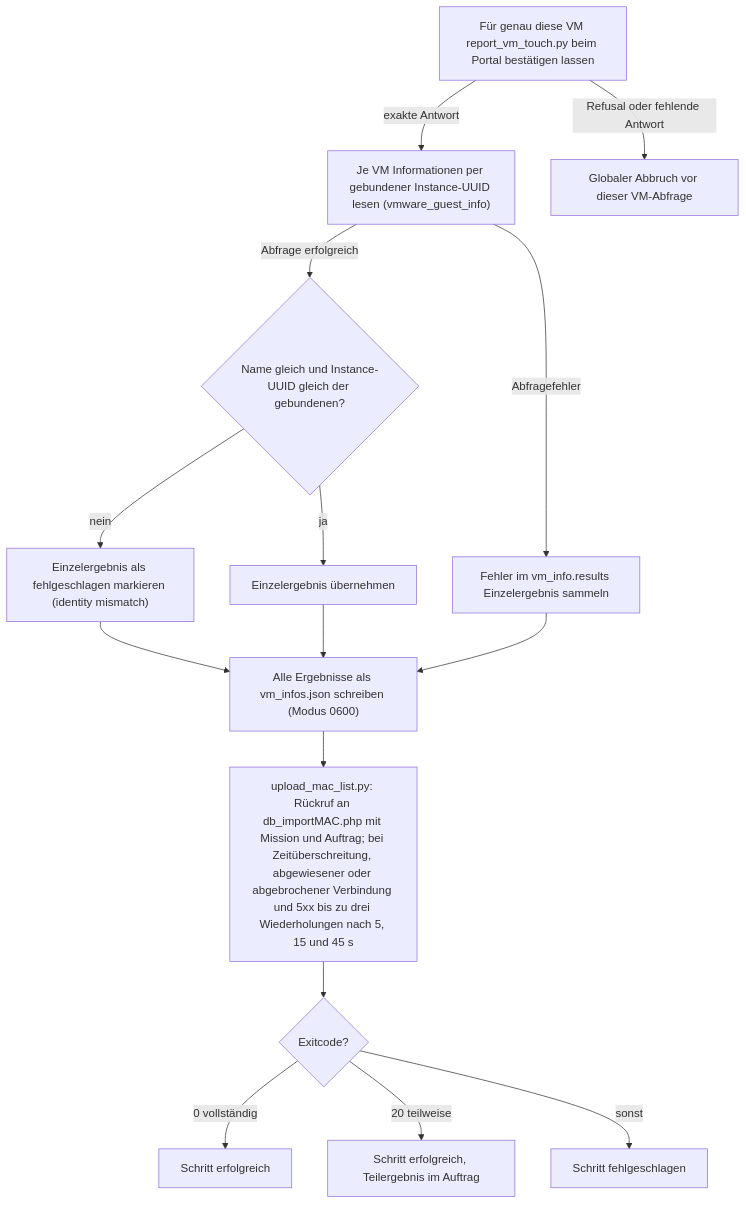
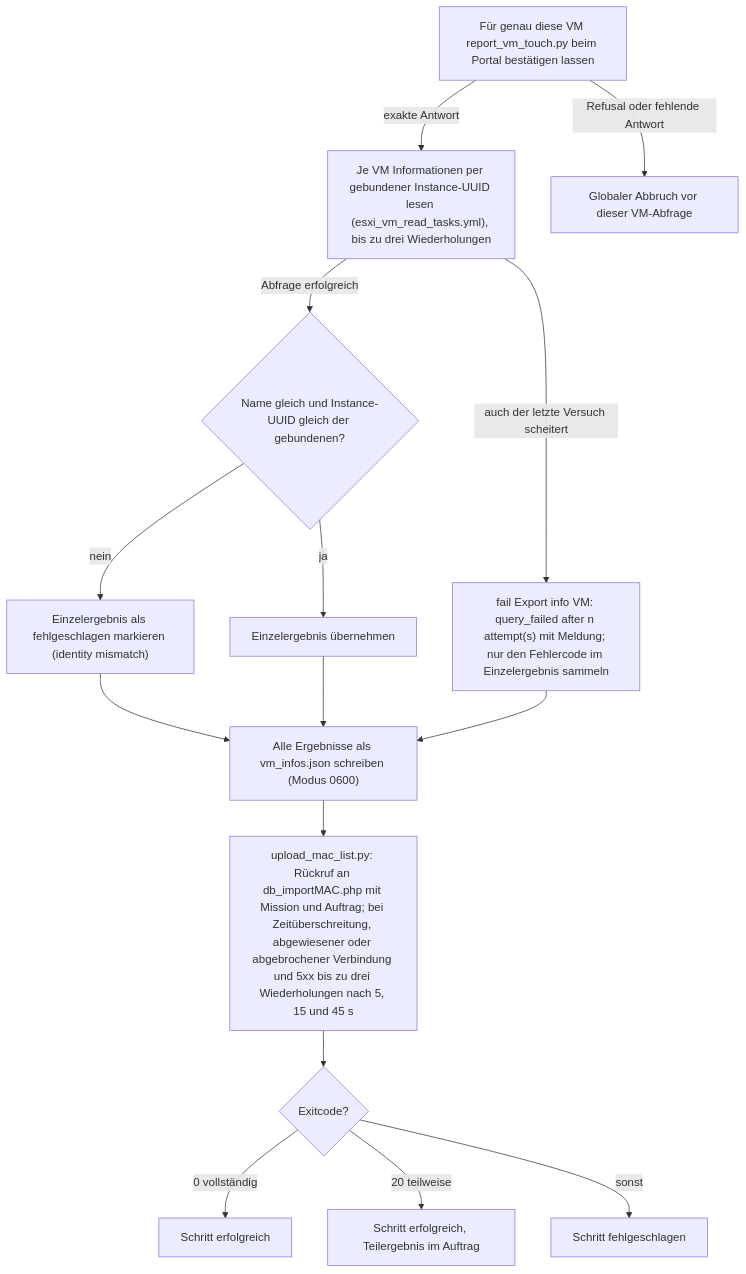
One commit to Samy94M/VirtuSphere-v2-WebApp changed diagram 14 of 18 in docs/operations/deploy-flows.md. Above: the diagram before and after it, drawn with Mermaid. The commit also changed other lines of this file and 48 other files, not shown here.

````diff
--- a/docs/operations/deploy-flows.md
+++ b/docs/operations/deploy-flows.md
@@ -474,17 +487,17 @@
 ```mermaid
 flowchart TD
-  A["Für genau diese VM report_vm_touch.py beim Portal bestätigen lassen"] -->|exakte Antwort| B["Je VM Informationen per gebundener Instance-UUID lesen (vmware_guest_info)"]
+  A["Für genau diese VM report_vm_touch.py beim Portal bestätigen lassen"] -->|exakte Antwort| B["Je VM Informationen per gebundener Instance-UUID lesen (esxi_vm_read_tasks.yml), bis zu drei Wiederholungen"]
   A -->|Refusal oder fehlende Antwort| AX["Globaler Abbruch vor dieser VM-Abfrage"]
-  B -->|Abfragefehler| QX["Fehler im vm_info.results Einzelergebnis sammeln"]
+  B -->|auch der letzte Versuch scheitert| QX["fail Export info VM: query_failed after n attempt(s) mit Meldung; nur den Fehlercode im Einzelergebnis sammeln"]
   B -->|Abfrage erfolgreich| C{"Name gleich und Instance-UUID gleich der gebundenen?"}
   C -->|nein| BX["Einzelergebnis als fehlgeschlagen markieren (identity mismatch)"]
   C -->|ja| BO["Einzelergebnis übernehmen"]
   BX --> D
   BO --> D
   QX --> D
   D["Alle Ergebnisse als vm_infos.json schreiben (Modus 0600)"] --> E["upload_mac_list.py: Rückruf an db_importMAC.php mit Mission und Auftrag; bei Zeitüberschreitung, abgewiesener oder abgebrochener Verbindung und 5xx bis zu drei Wiederholungen nach 5, 15 und 45 s"]
   E --> F{"Exitcode?"}
   F -->|0 vollständig| E0["Schritt erfolgreich"]
   F -->|20 teilweise| E20["Schritt erfolgreich, Teilergebnis im Auftrag"]
   F -->|sonst| EX["Schritt fehlgeschlagen"]
 ```
````
